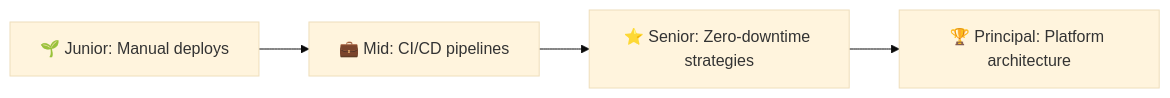
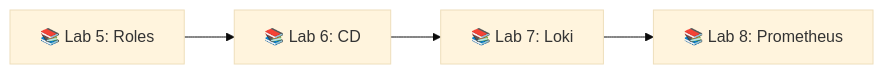
One commit to inno-devops-labs/DevOps-Core-Course changed the seventh of 7 diagrams in lectures/lec6.md. Above: the diagram before and after it, drawn with Mermaid (base theme). The commit also changed other lines of this file and 24 other files, not shown here.

````diff
--- a/lectures/lec6.md
+++ b/lectures/lec6.md
@@ -774,6 +573,6 @@
 ```mermaid
 flowchart LR
-  Junior[🌱 Junior: Manual deploys] --> Mid[💼 Mid: CI/CD pipelines]
-  Mid --> Senior[⭐ Senior: Zero-downtime strategies]
-  Senior --> Principal[🏆 Principal: Platform architecture]
+  Lab5[📚 Lab 5: Roles] --> Lab6[📚 Lab 6: CD]
+  Lab6 --> Lab7[📚 Lab 7: Loki]
+  Lab7 --> Lab8[📚 Lab 8: Prometheus]
 ```
````
